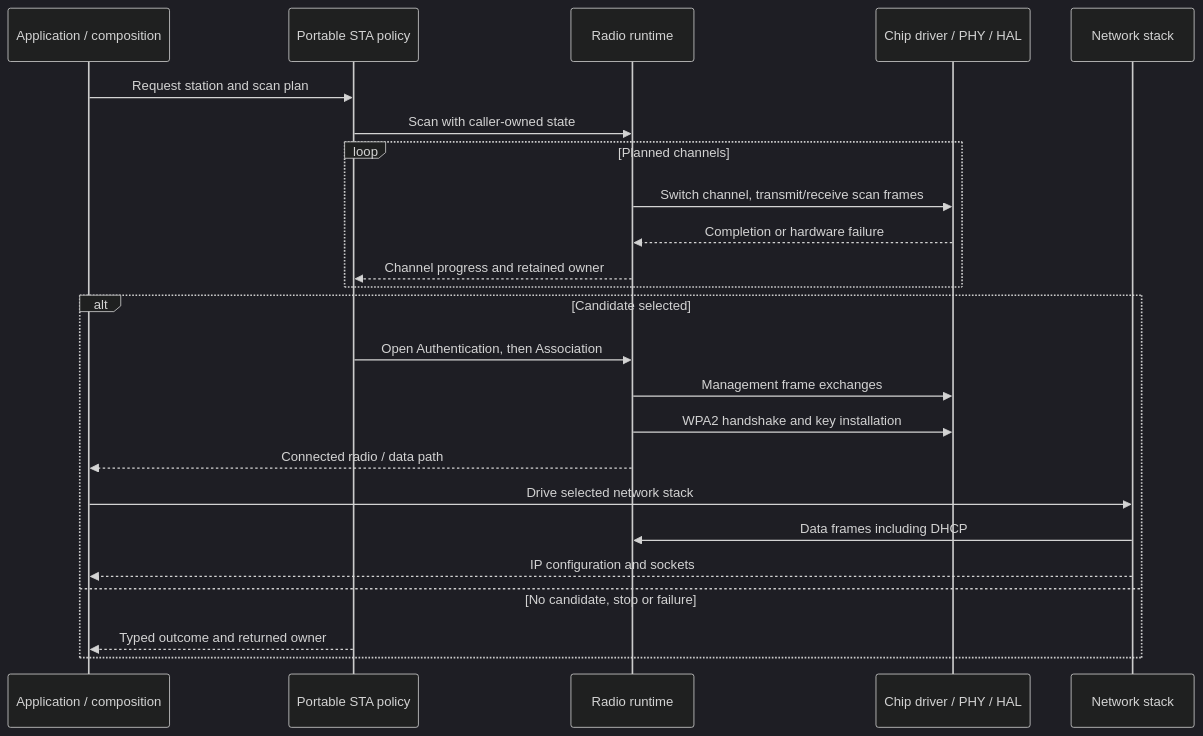
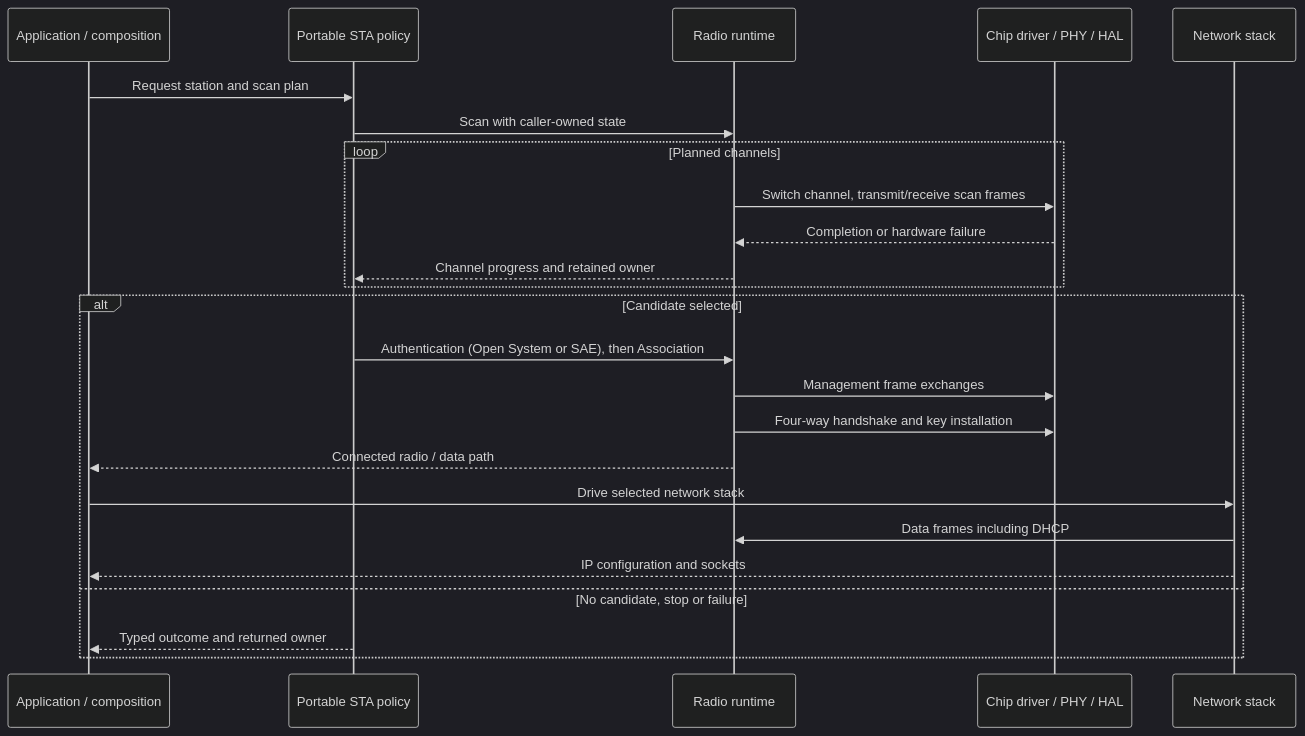
One commit to ermacv/open-esp-radio-rs changed the fourth of 5 diagrams in docs/binary-to-station.md. Above: the diagram before and after it, drawn with Mermaid (dark theme). The commit also changed other lines of this file and 2 other files, not shown here.

Commit message:
docs(ieee80211): describe SAE authentication in the station walkthroughs
The station guides name Open System and SAE authentication before the
four-way handshake, state the single network stack as a current limit, and
drop history words from the channel walkthrough.

````diff
--- a/docs/binary-to-station.md
+++ b/docs/binary-to-station.md
@@ -178,26 +178,26 @@
 ```mermaid
 sequenceDiagram
     participant App as Application / composition
     participant STA as Portable STA policy
     participant Run as Radio runtime
     participant HW as Chip driver / PHY / HAL
     participant Net as Network stack
     App->>STA: Request station and scan plan
     STA->>Run: Scan with caller-owned state
     loop Planned channels
         Run->>HW: Switch channel, transmit/receive scan frames
         HW-->>Run: Completion or hardware failure
         Run-->>STA: Channel progress and retained owner
     end
     alt Candidate selected
-        STA->>Run: Open Authentication, then Association
+        STA->>Run: Authentication (Open System or SAE), then Association
         Run->>HW: Management frame exchanges
-        Run->>HW: WPA2 handshake and key installation
+        Run->>HW: Four-way handshake and key installation
         Run-->>App: Connected radio / data path
         App->>Net: Drive selected network stack
         Net->>Run: Data frames including DHCP
         Net-->>App: IP configuration and sockets
     else No candidate, stop or failure
         STA-->>App: Typed outcome and returned owner
     end
 ```
````
